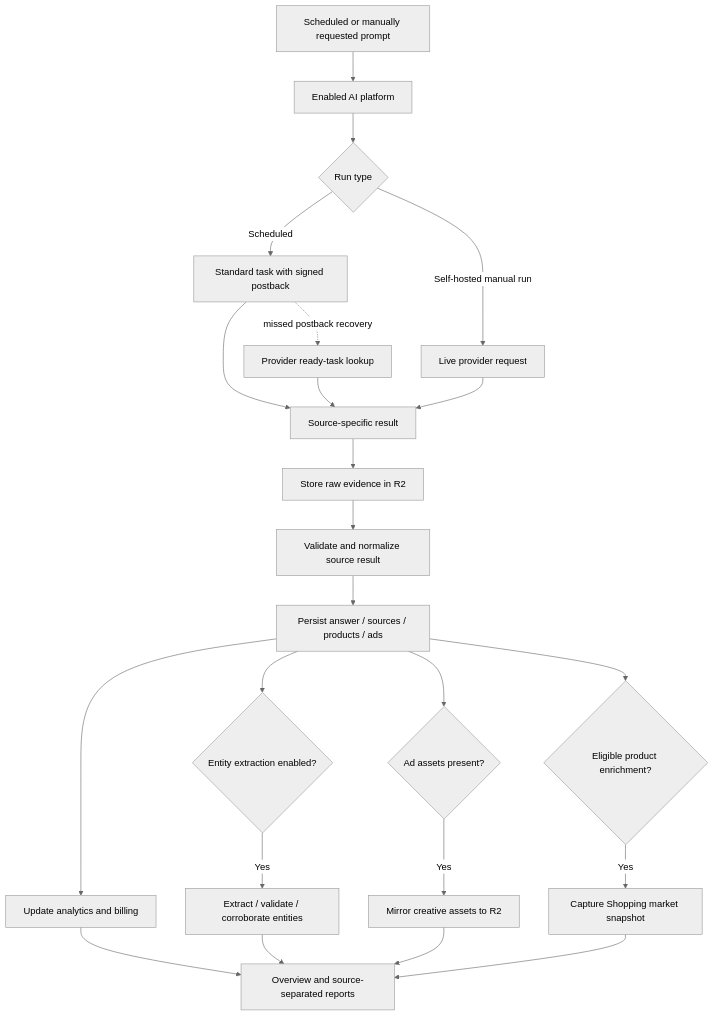
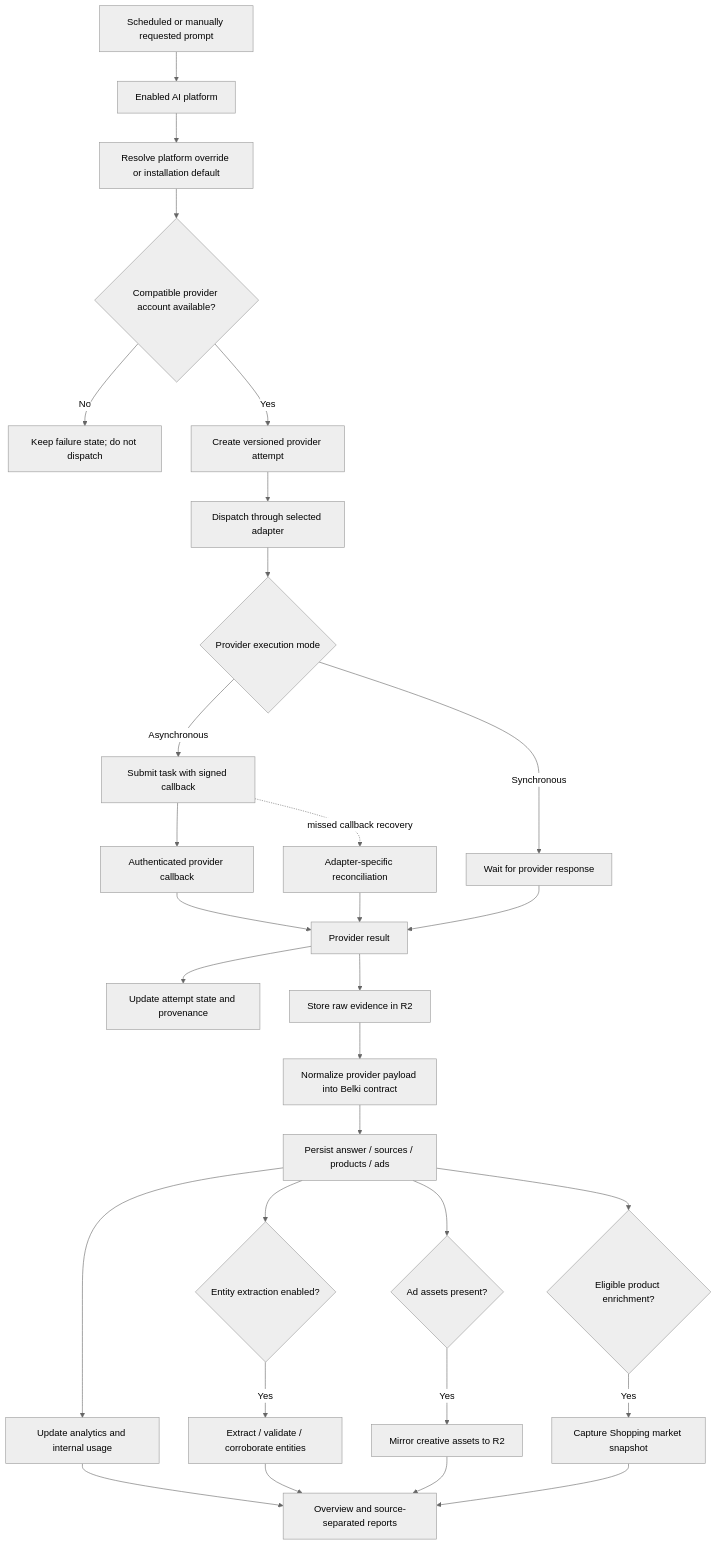
One commit to GetBelki/belki changed the third of 4 diagrams in README.md. Above: the diagram before and after it, drawn with Mermaid (neutral theme). The commit also changed other lines of this file and 92 other files, not shown here.

First line of the commit message:
Add modular providers, billing, and Belki branding (#80)

````diff
--- a/README.md
+++ b/README.md
@@ -361,28 +454,35 @@
 ```mermaid
 flowchart TD
   Prompt[Scheduled or manually requested prompt] --> Source[Enabled AI platform]
-  Source --> Mode{Run type}
-  Mode -->|Scheduled| Standard[Standard task with signed postback]
-  Mode -->|Self-hosted manual run| Live[Live provider request]
-  Standard --> Capture[Source-specific result]
-  Live --> Capture
-  Standard -. missed postback recovery .-> Ready[Provider ready-task lookup]
-  Ready --> Capture
+  Source --> Resolve[Resolve platform override or installation default]
+  Resolve --> Compatible{Compatible provider account available?}
+  Compatible -->|No| Blocked[Keep failure state; do not dispatch]
+  Compatible -->|Yes| Attempt[Create versioned provider attempt]
+  Attempt --> Adapter[Dispatch through selected adapter]
+  Adapter --> Mode{Provider execution mode}
+  Mode -->|Asynchronous| Async[Submit task with signed callback]
+  Mode -->|Synchronous| Direct[Wait for provider response]
+  Async --> Callback[Authenticated provider callback]
+  Async -. missed callback recovery .-> Recover[Adapter-specific reconciliation]
+  Callback --> Capture[Provider result]
+  Recover --> Capture
+  Direct --> Capture
+  Capture --> AttemptState[Update attempt state and provenance]
 
   Capture --> Evidence[Store raw evidence in R2]
-  Evidence --> Normalize[Validate and normalize source result]
+  Evidence --> Normalize[Normalize provider payload into Belki contract]
   Normalize --> Snapshot[Persist answer / sources / products / ads]
-  Snapshot --> Rollup[Update analytics and billing]
+  Snapshot --> Rollup[Update analytics and internal usage]
   Snapshot --> Entities{Entity extraction enabled?}
   Snapshot --> Ads{Ad assets present?}
   Snapshot --> Shopping{Eligible product enrichment?}
 
   Entities -->|Yes| NER[Extract / validate / corroborate entities]
   Ads -->|Yes| Assets[Mirror creative assets to R2]
   Shopping -->|Yes| ProductInfo[Capture Shopping market snapshot]
 
   Rollup --> Reports[Overview and source-separated reports]
   NER --> Reports
   Assets --> Reports
   ProductInfo --> Reports
 ```
````
